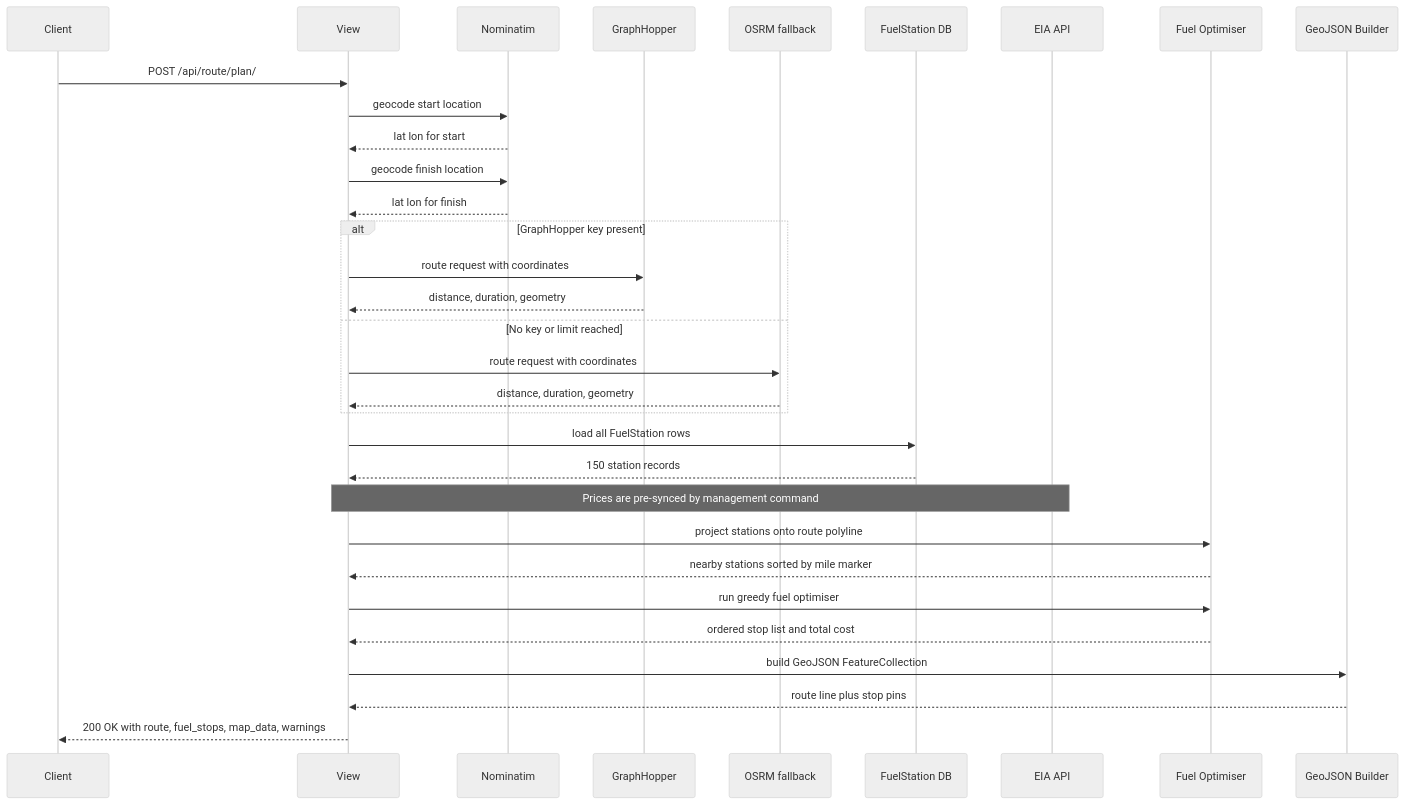
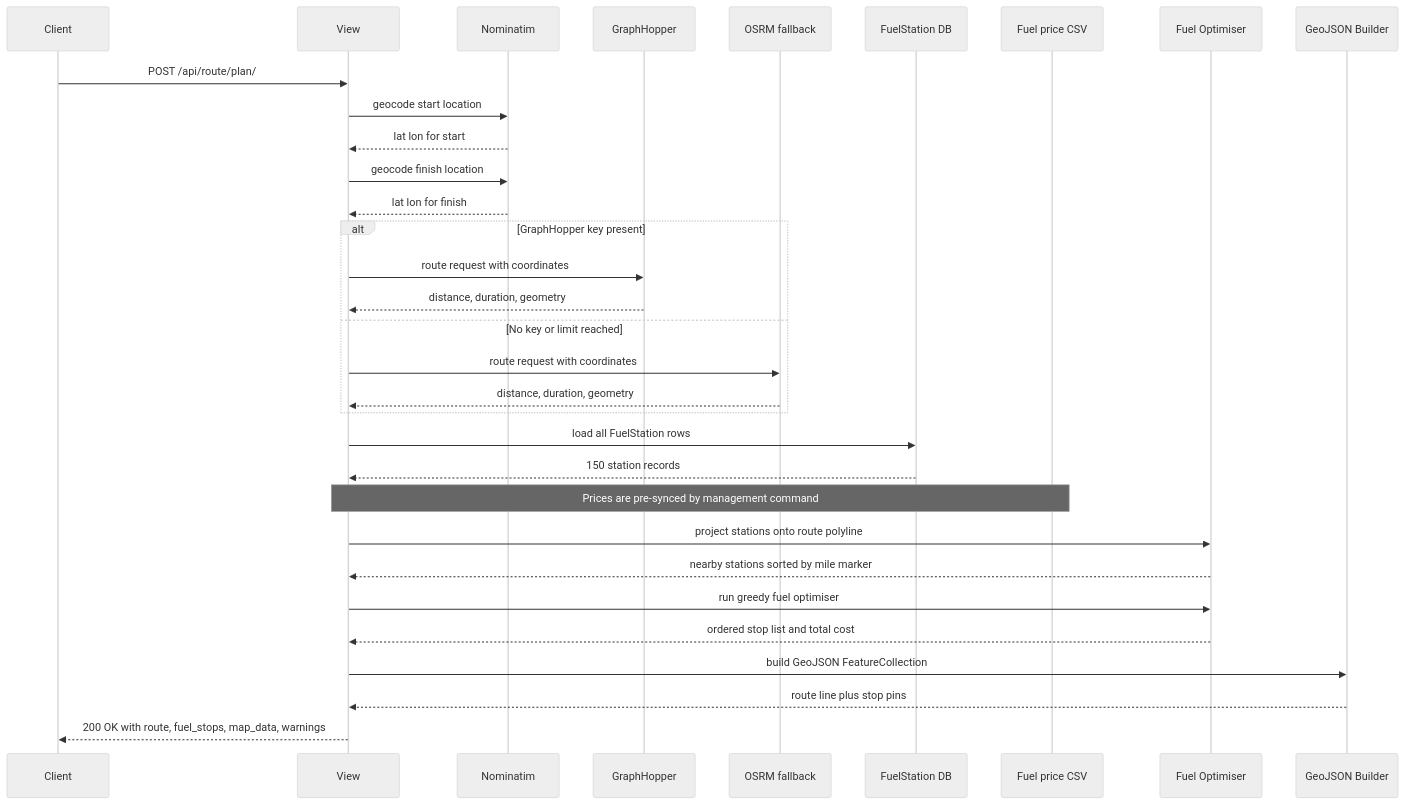
Before and after one commit to Kira714/django-api: the second of 5 diagrams in README.md, drawn with Mermaid (neutral theme). The commit also changed other lines of this file and 9 other files, not shown here.

First line of the commit message:
feat: switch fuel pricing sync to assessment CSV dataset

````diff
--- a/README.md
+++ b/README.md
@@ -104,41 +104,41 @@
 ```mermaid
 sequenceDiagram
     participant C as Client
     participant V as View
     participant G as Nominatim
     participant GH as GraphHopper
     participant OS as OSRM fallback
     participant DB as FuelStation DB
-    participant EIA as EIA API
+    participant CSV as Fuel price CSV
     participant FO as Fuel Optimiser
     participant GJ as GeoJSON Builder
 
     C->>V: POST /api/route/plan/
     V->>G: geocode start location
     G-->>V: lat lon for start
     V->>G: geocode finish location
     G-->>V: lat lon for finish
 
     alt GraphHopper key present
         V->>GH: route request with coordinates
         GH-->>V: distance, duration, geometry
     else No key or limit reached
         V->>OS: route request with coordinates
         OS-->>V: distance, duration, geometry
     end
 
     V->>DB: load all FuelStation rows
     DB-->>V: 150 station records
-    Note over EIA,V: Prices are pre-synced by management command
+    Note over CSV,V: Prices are pre-synced by management command
 
     V->>FO: project stations onto route polyline
     FO-->>V: nearby stations sorted by mile marker
 
     V->>FO: run greedy fuel optimiser
     FO-->>V: ordered stop list and total cost
 
     V->>GJ: build GeoJSON FeatureCollection
     GJ-->>V: route line plus stop pins
 
     V-->>C: 200 OK with route, fuel_stops, map_data, warnings
 ```
````
